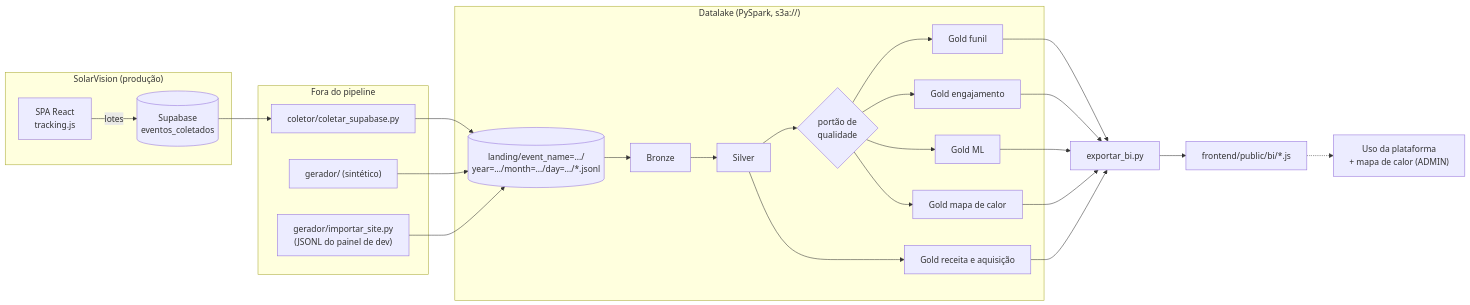
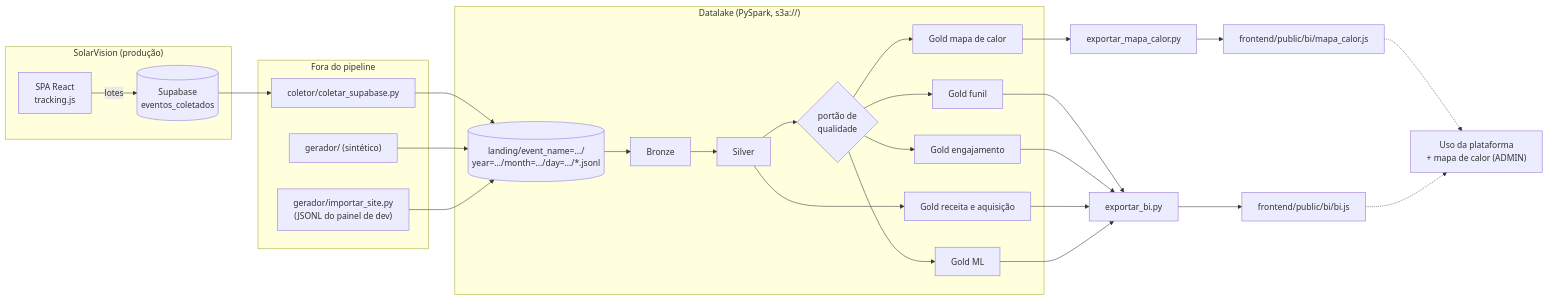
Before and after one commit to danieltanjos/SolarVision: the second of 2 diagrams in datalake/docs/ENUNCIADO.md, drawn with Mermaid. The commit also changed other lines of this file and 5 other files, not shown here.

Commit message:
docs(datalake): exportação do mapa de calor como etapa própria nos guias e no enunciado

````diff
--- a/datalake/docs/ENUNCIADO.md
+++ b/datalake/docs/ENUNCIADO.md
@@ -67,27 +67,30 @@
 ```mermaid
 flowchart LR
     subgraph APP["SolarVision (produção)"]
         spa["SPA React<br/>tracking.js"] -->|lotes| tab[("Supabase<br/>eventos_coletados")]
     end
     subgraph FORA["Fora do pipeline"]
         col["coletor/coletar_supabase.py"]
         ger["gerador/ (sintético)"]
         imp["gerador/importar_site.py<br/>(JSONL do painel de dev)"]
     end
     tab --> col
     col --> landing[("landing/event_name=…/<br/>year=…/month=…/day=…/*.jsonl")]
     ger --> landing
     imp --> landing
     subgraph DL["Datalake (PySpark, s3a://)"]
         landing --> bronze["Bronze"] --> silver["Silver"]
         silver --> q{"portão de<br/>qualidade"}
         q --> g1["Gold funil"]
         q --> g2["Gold engajamento"]
         silver --> g3["Gold receita e aquisição"]
         q --> g4["Gold ML"]
         q --> g5["Gold mapa de calor"]
     end
-    g1 & g2 & g3 & g4 & g5 --> exp["exportar_bi.py"]
-    exp --> bi["frontend/public/bi/*.js"]
+    g1 & g2 & g3 & g4 --> exp["exportar_bi.py"]
+    g5 --> expm["exportar_mapa_calor.py"]
+    exp --> bi["frontend/public/bi/bi.js"]
+    expm --> bi2["frontend/public/bi/mapa_calor.js"]
+    bi2 -.-> painel
     bi -.-> painel["Uso da plataforma<br/>+ mapa de calor (ADMIN)"]
 ```
````
